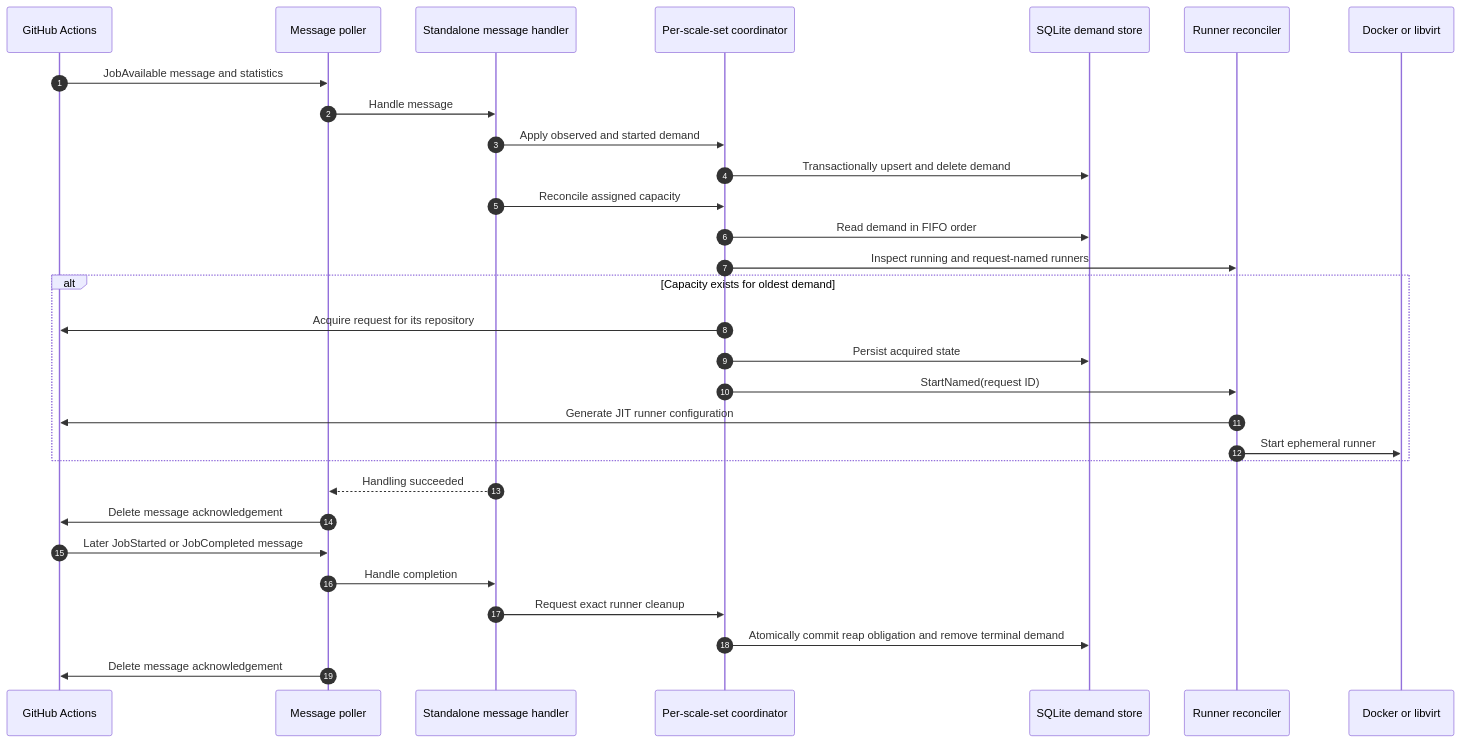
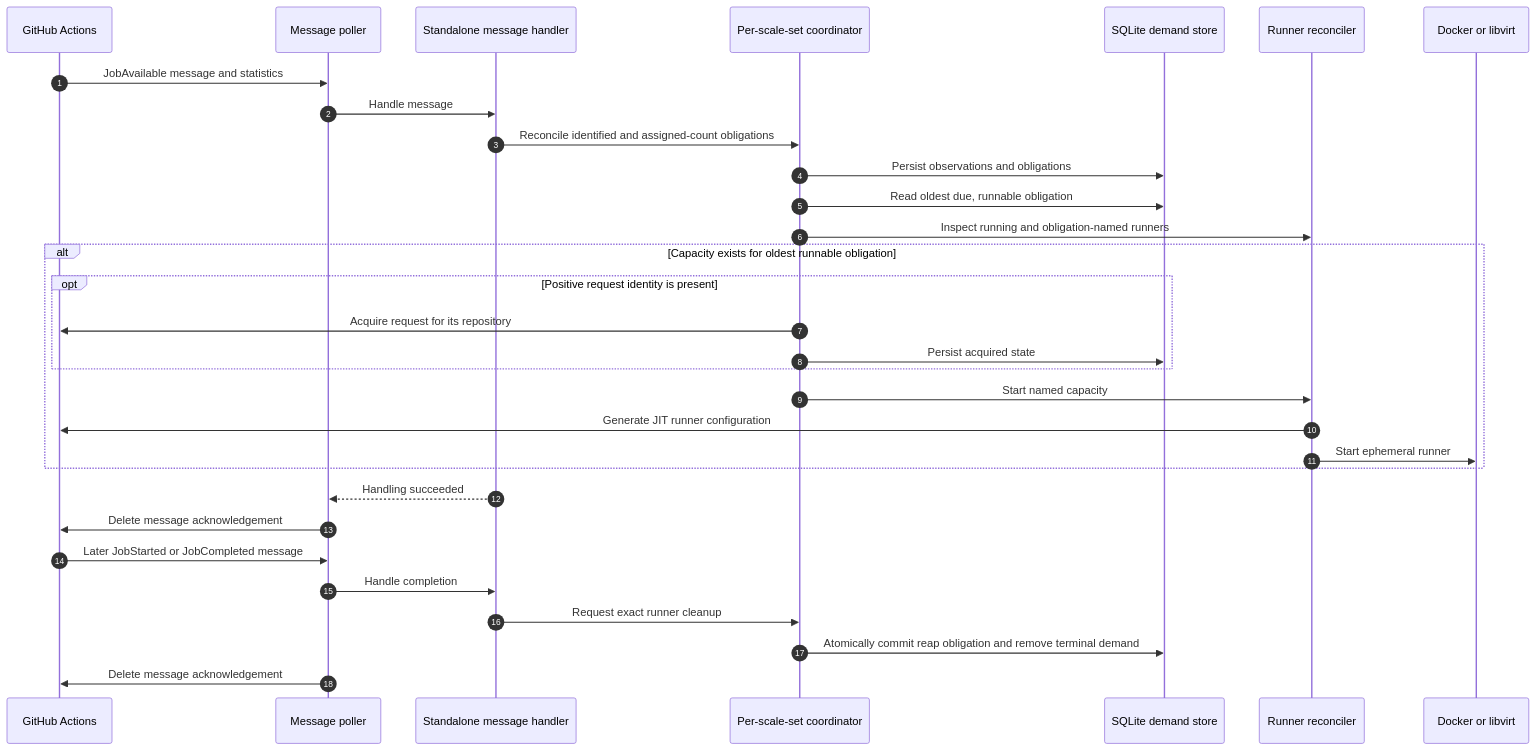
One commit to stateshifters/runnerfoundry changed the sixth of 13 diagrams in docs/architecture.md. Above: the diagram before and after it, drawn with Mermaid. The commit also changed other lines of this file and 57 other files, not shown here.

````diff
--- a/docs/architecture.md
+++ b/docs/architecture.md
@@ -235,33 +235,34 @@
 ```mermaid
 sequenceDiagram
     autonumber
     participant GH as GitHub Actions
     participant P as Message poller
     participant H as Standalone message handler
     participant C as Per-scale-set coordinator
     participant DB as SQLite demand store
     participant R as Runner reconciler
     participant X as Docker or libvirt
 
     GH->>P: JobAvailable message and statistics
     P->>H: Handle message
-    H->>C: Apply observed and started demand
-    C->>DB: Transactionally upsert and delete demand
-    H->>C: Reconcile assigned capacity
-    C->>DB: Read demand in FIFO order
-    C->>R: Inspect running and request-named runners
-    alt Capacity exists for oldest demand
-        C->>GH: Acquire request for its repository
-        C->>DB: Persist acquired state
-        C->>R: StartNamed(request ID)
+    H->>C: Reconcile identified and assigned-count obligations
+    C->>DB: Persist observations and obligations
+    C->>DB: Read oldest due, runnable obligation
+    C->>R: Inspect running and obligation-named runners
+    alt Capacity exists for oldest runnable obligation
+        opt Positive request identity is present
+            C->>GH: Acquire request for its repository
+            C->>DB: Persist acquired state
+        end
+        C->>R: Start named capacity
         R->>GH: Generate JIT runner configuration
         R->>X: Start ephemeral runner
     end
     H-->>P: Handling succeeded
     P->>GH: Delete message acknowledgement
     GH->>P: Later JobStarted or JobCompleted message
     P->>H: Handle completion
     H->>C: Request exact runner cleanup
     C->>DB: Atomically commit reap obligation and remove terminal demand
     P->>GH: Delete message acknowledgement
 ```
````
